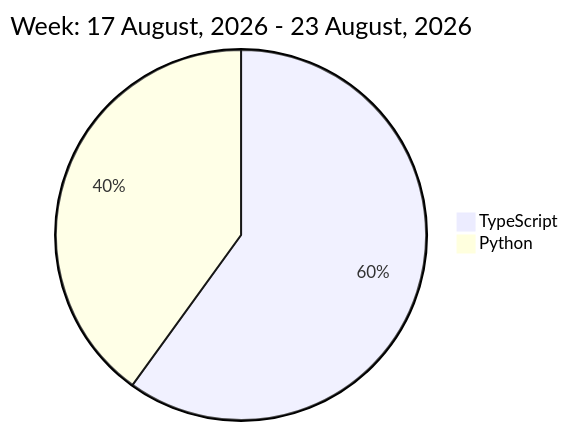
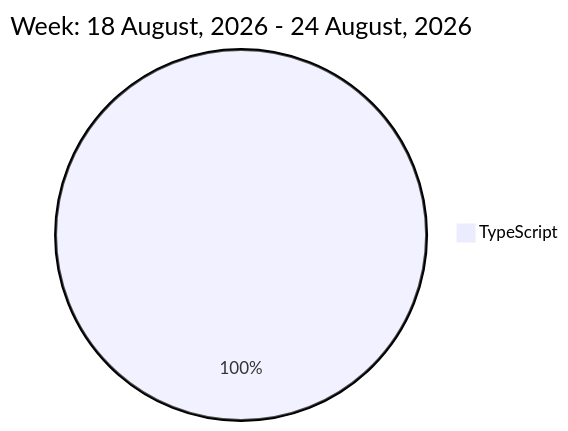
One commit to liubin95/liubin95 changed the diagram in README.md. Above: the diagram before and after it, drawn with Mermaid.

Commit message:
Updated the Graph with new Metrics

````diff
--- a/README.md
+++ b/README.md
@@ -32,6 +32,5 @@
 ```mermaid
  pie
-title Week: 17 August, 2026 - 23 August, 2026
- "TypeScript" : 4.15
- "Python" : 2.77
+title Week: 18 August, 2026 - 24 August, 2026
+ "TypeScript" : 3.53
 ```
````
